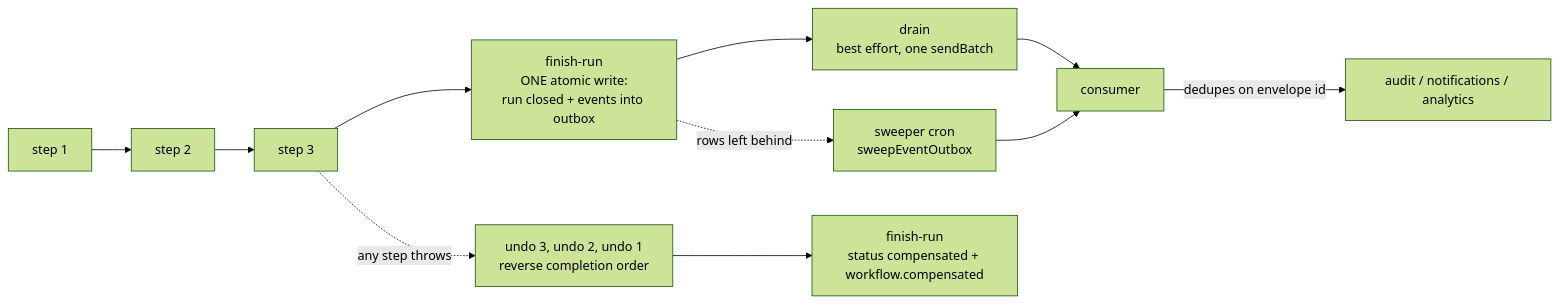
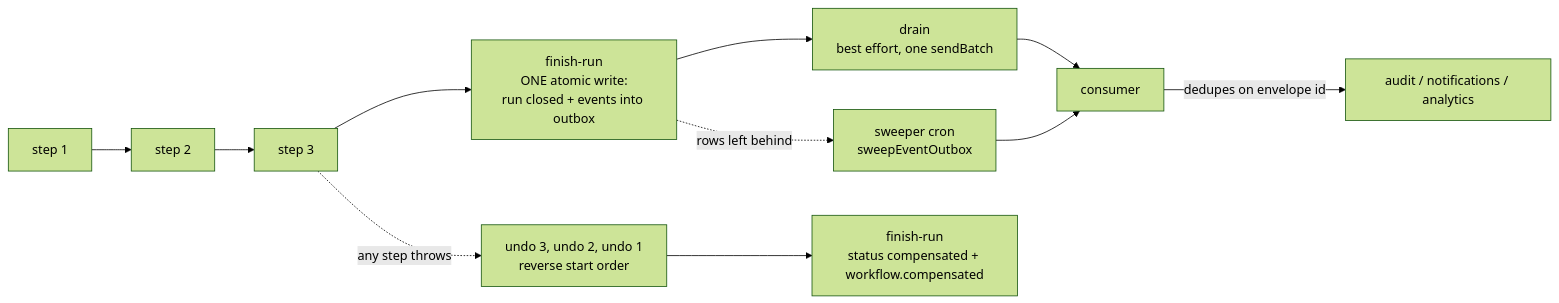
Before and after one commit to bayraak/sagaflow: the first of 2 diagrams in README.md, drawn with Mermaid (forest theme). The commit also changed other lines of this file, not shown here.

````diff
--- a/README.md
+++ b/README.md
@@ -124,12 +177,12 @@
 ```mermaid
 flowchart LR
   A[step 1] --> B[step 2] --> C[step 3]
   C --> D["finish-run<br/>ONE atomic write:<br/>run closed + events into outbox"]
   D --> E["drain<br/>best effort, one sendBatch"]
   D -. rows left behind .-> F["sweeper cron<br/>sweepEventOutbox"]
   E --> G[consumer]
   F --> G
   G -->|dedupes on envelope id| H[audit / notifications / analytics]
-  C -. any step throws .-> I["undo 3, undo 2, undo 1<br/>reverse completion order"]
+  C -. any step throws .-> I["undo 3, undo 2, undo 1<br/>reverse start order"]
   I --> J["finish-run<br/>status compensated + workflow.compensated"]
 ```
````
